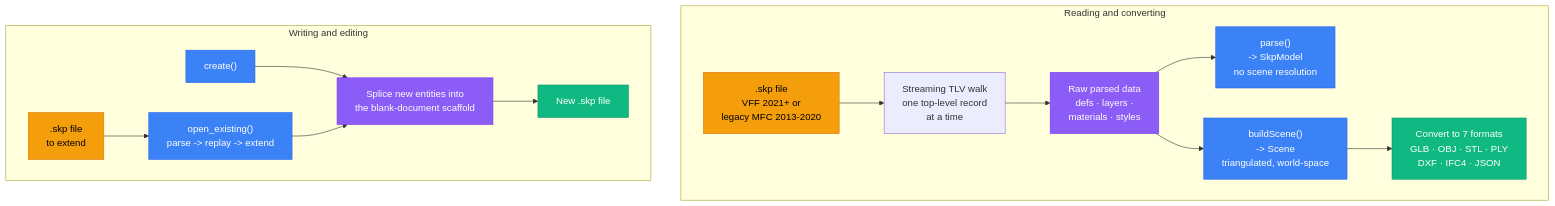
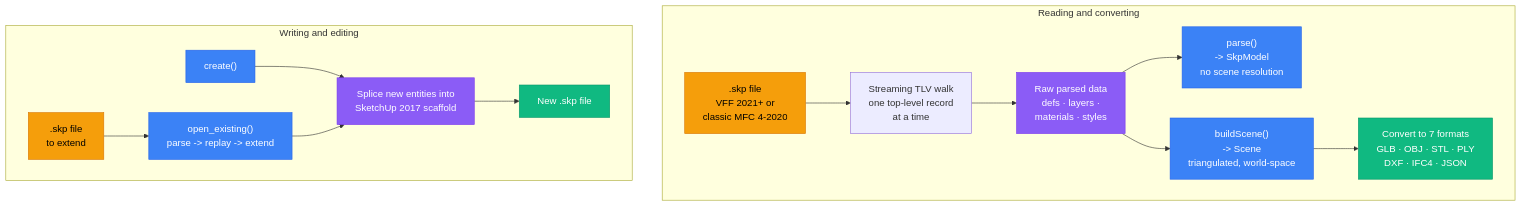
Before and after one commit to iamahsanmehmood/openskp: the diagram in README.md, drawn with Mermaid. The commit also changed other lines of this file and 12 other files, not shown here.

````diff
--- a/README.md
+++ b/README.md
@@ -505,30 +496,30 @@
 ```mermaid
 graph TB
     subgraph read[" Reading and converting "]
         direction LR
-        SKP1[".skp file<br/>VFF 2021+ or<br/>legacy MFC 2013-2020"] --> WALK["Streaming TLV walk<br/>one top-level record<br/>at a time"]
+        SKP1[".skp file<br/>VFF 2021+ or<br/>classic MFC 4-2020"] --> WALK["Streaming TLV walk<br/>one top-level record<br/>at a time"]
         WALK --> RAW["Raw parsed data<br/>defs · layers ·<br/>materials · styles"]
         RAW --> PARSE["parse()<br/>-> SkpModel<br/>no scene resolution"]
         RAW --> SCENE["buildScene()<br/>-> Scene<br/>triangulated, world-space"]
         SCENE --> CONVERT["Convert to 7 formats<br/>GLB · OBJ · STL · PLY<br/>DXF · IFC4 · JSON"]
     end
 
     subgraph write[" Writing and editing "]
         direction LR
-        NEW["create()"] --> SPLICE["Splice new entities into<br/>the blank-document scaffold"]
+        NEW["create()"] --> SPLICE["Splice new entities into<br/>SketchUp 2017 scaffold"]
         SKP2[".skp file<br/>to extend"] --> EDIT["open_existing()<br/>parse -> replay -> extend"]
         EDIT --> SPLICE
         SPLICE --> OUT["New .skp file"]
     end
 
     style SKP1 fill:#f59e0b,color:#000,stroke:#d97706
     style SKP2 fill:#f59e0b,color:#000,stroke:#d97706
     style RAW fill:#8b5cf6,color:#fff,stroke:#7c3aed
     style SPLICE fill:#8b5cf6,color:#fff,stroke:#7c3aed
     style PARSE fill:#3b82f6,color:#fff,stroke:#2563eb
     style SCENE fill:#3b82f6,color:#fff,stroke:#2563eb
     style NEW fill:#3b82f6,color:#fff,stroke:#2563eb
     style EDIT fill:#3b82f6,color:#fff,stroke:#2563eb
     style CONVERT fill:#10b981,color:#fff,stroke:#059669
     style OUT fill:#10b981,color:#fff,stroke:#059669
 ```
````
